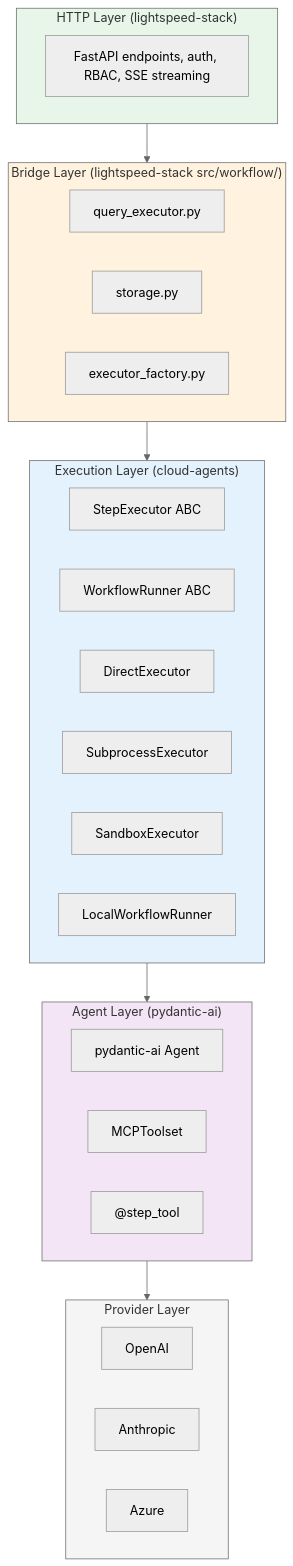
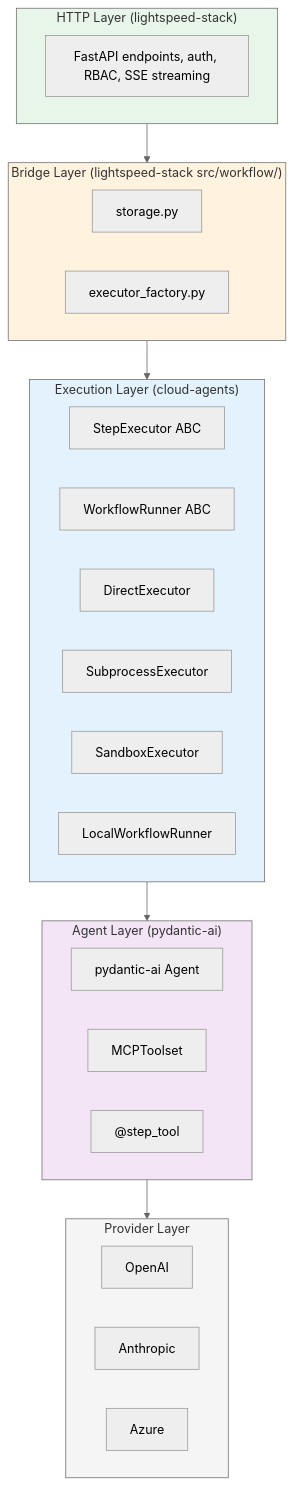
The sixth of 9 diagrams in docs/design/cloud-agents/integration-architecture.md (jameswnl/lightspeed-stack), drawn with Mermaid (neutral theme) before and after one commit. The commit also changed other lines of this file and 14 other files, not shown here.

````diff
--- a/docs/design/cloud-agents/integration-architecture.md
+++ b/docs/design/cloud-agents/integration-architecture.md
@@ -218,44 +216,43 @@
 ```mermaid
 graph TB
     subgraph http["HTTP Layer (lightspeed-stack)"]
         endpoints["FastAPI endpoints, auth, RBAC, SSE streaming"]
     end
 
     subgraph bridge["Bridge Layer (lightspeed-stack src/workflow/)"]
-        qe["query_executor.py"]
         storage["storage.py"]
         ef["executor_factory.py"]
     end
 
     subgraph exec["Execution Layer (cloud-agents)"]
         se["StepExecutor ABC"]
         wr["WorkflowRunner ABC"]
         de["DirectExecutor"]
         sube["SubprocessExecutor"]
         sande["SandboxExecutor"]
         lwr["LocalWorkflowRunner"]
     end
 
     subgraph agent["Agent Layer (pydantic-ai)"]
         pai["pydantic-ai Agent"]
         mcp["MCPToolset"]
         tools["@step_tool"]
     end
 
     subgraph provider["Provider Layer"]
         openai["OpenAI"]
         anthropic["Anthropic"]
         azure["Azure"]
     end
 
     http --> bridge
     bridge --> exec
     exec --> agent
     agent --> provider
 
     style http fill:#e8f5e9
     style bridge fill:#fff3e0
     style exec fill:#e3f2fd
     style agent fill:#f3e5f5
     style provider fill:#f5f5f5
 ```
````
